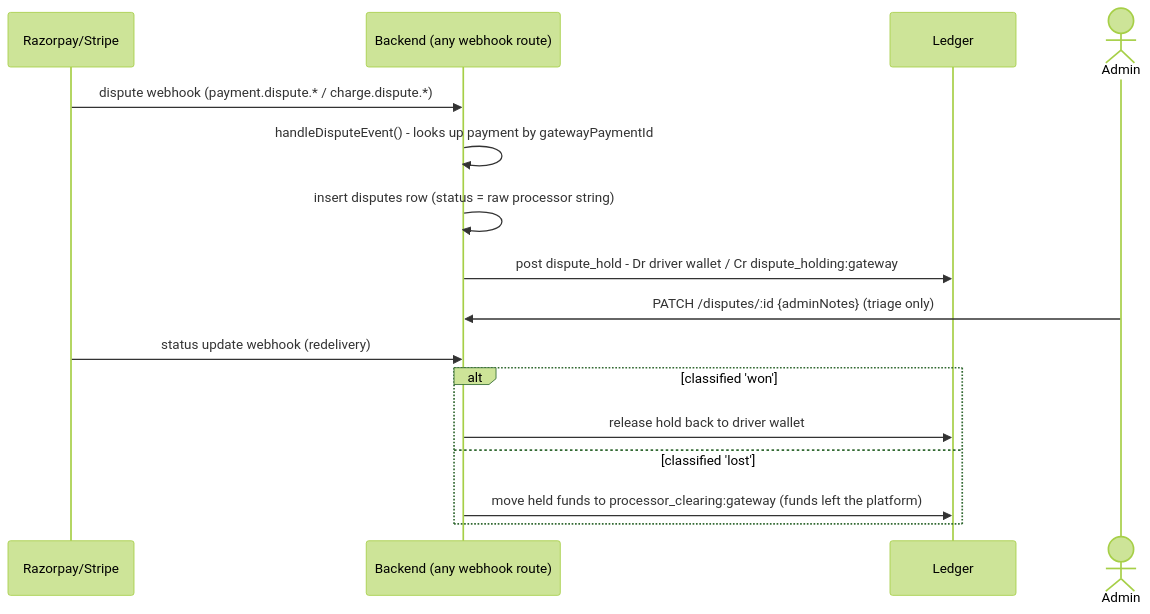
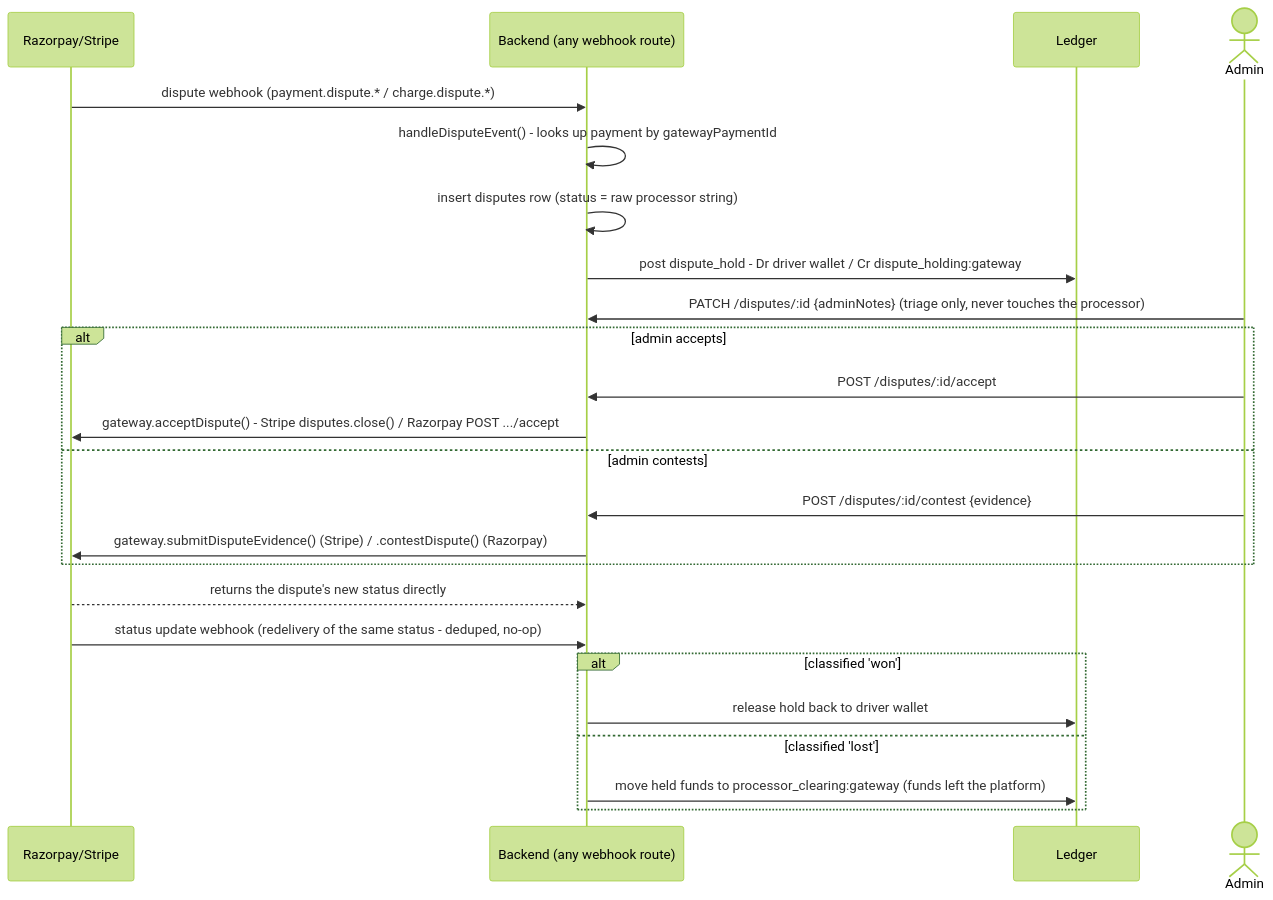
Before and after one commit to dynamichydra/ridesharing: the seventh of 10 diagrams in backend/docs/payment-system-overview.md, drawn with Mermaid (forest theme). The commit also changed other lines of this file and 34 other files, not shown here.

````diff
--- a/backend/docs/payment-system-overview.md
+++ b/backend/docs/payment-system-overview.md
@@ -423,19 +456,27 @@
 ```mermaid
 sequenceDiagram
     participant GW as Razorpay/Stripe
     participant API as Backend (any webhook route)
     participant Ledger
     actor Admin
 
     GW->>API: dispute webhook (payment.dispute.* / charge.dispute.*)
     API->>API: handleDisputeEvent() - looks up payment by gatewayPaymentId
     API->>API: insert disputes row (status = raw processor string)
     API->>Ledger: post dispute_hold - Dr driver wallet / Cr dispute_holding:gateway
-    Admin->>API: PATCH /disputes/:id {adminNotes} (triage only)
-    GW->>API: status update webhook (redelivery)
+    Admin->>API: PATCH /disputes/:id {adminNotes} (triage only, never touches the processor)
+    alt admin accepts
+        Admin->>API: POST /disputes/:id/accept
+        API->>GW: gateway.acceptDispute() - Stripe disputes.close() / Razorpay POST .../accept
+    else admin contests
+        Admin->>API: POST /disputes/:id/contest {evidence}
+        API->>GW: gateway.submitDisputeEvidence() (Stripe) / .contestDispute() (Razorpay)
+    end
+    GW-->>API: returns the dispute's new status directly
+    GW->>API: status update webhook (redelivery of the same status - deduped, no-op)
     alt classified 'won'
         API->>Ledger: release hold back to driver wallet
     else classified 'lost'
         API->>Ledger: move held funds to processor_clearing:gateway (funds left the platform)
     end
 ```
````
